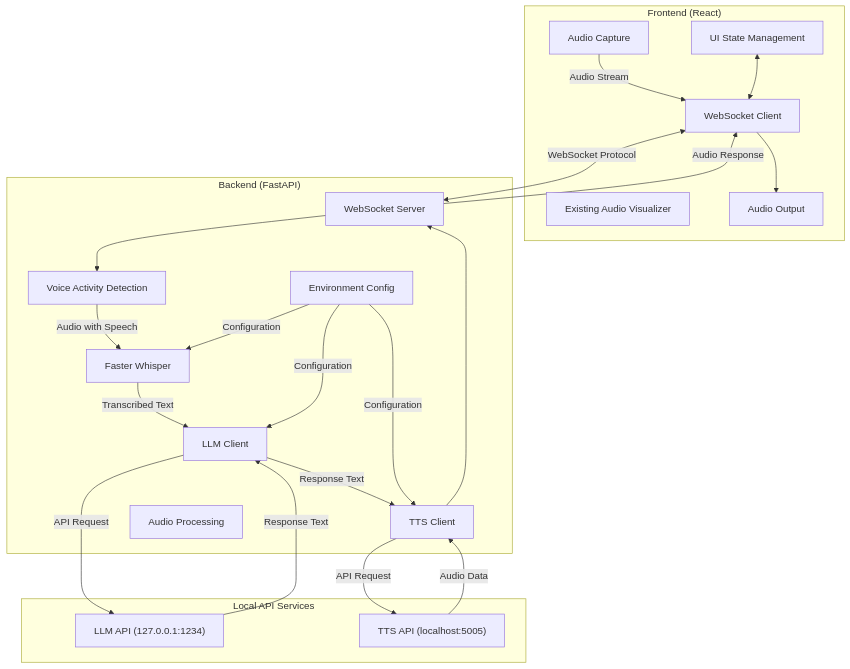
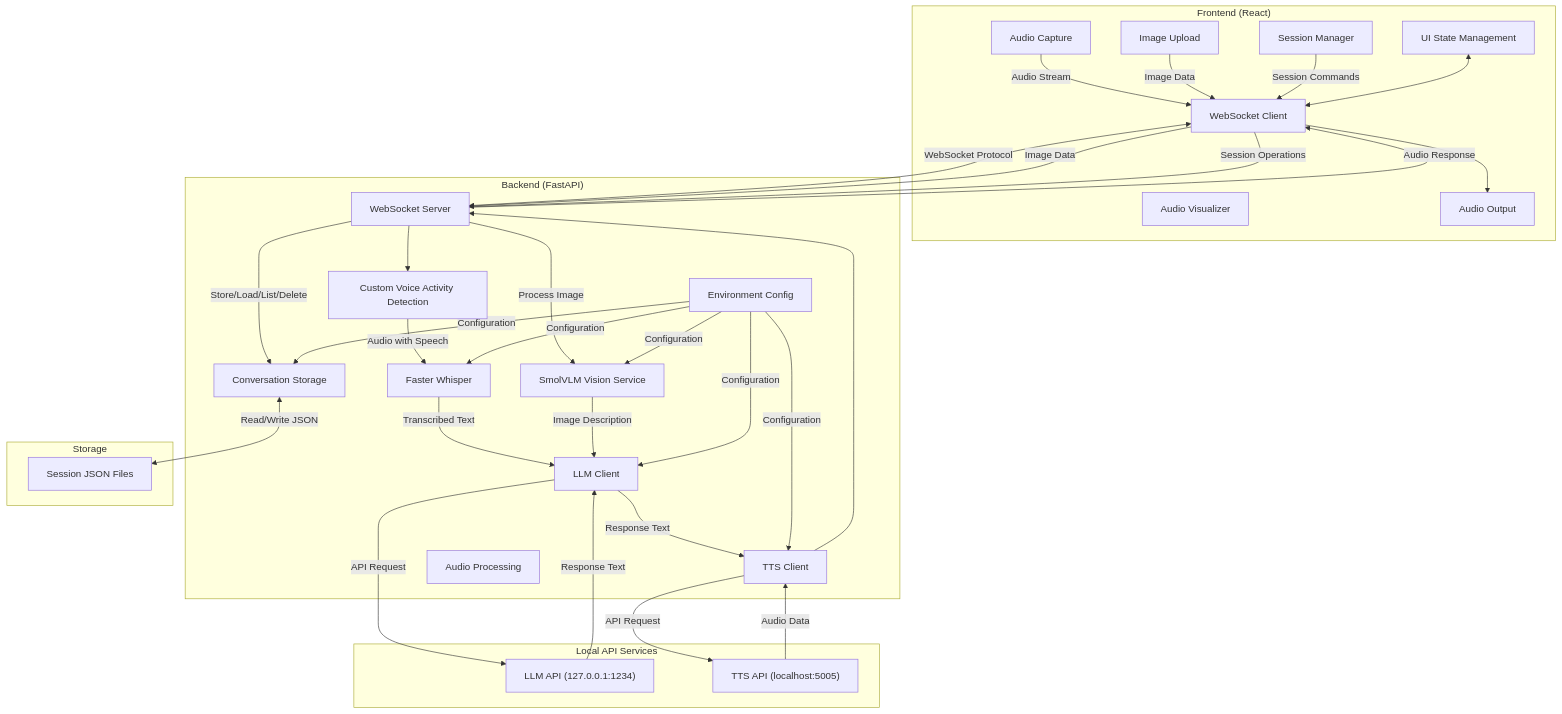
The first of 3 diagrams in README.md (ronyr21/Vocalis), drawn with Mermaid before and after one commit. The commit also changed other lines of this file and 13 other files, not shown here.

````diff
--- a/README.md
+++ b/README.md
@@ -136,43 +186,64 @@
 ```mermaid
 graph TB
     subgraph "Frontend (React)"
         AudioCapture[Audio Capture]
-        AudioVisualizer[Existing Audio Visualizer]
+        AudioVisualizer[Audio Visualizer]
         WebSocket[WebSocket Client]
         AudioOutput[Audio Output]
         UIState[UI State Management]
+        ImageUpload[Image Upload]
+        SessionManager[Session Manager]
     end
     
     subgraph "Backend (FastAPI)"
         WSServer[WebSocket Server]
-        VAD[Voice Activity Detection]
+        VAD[Custom Voice Activity Detection]
         WhisperSTT[Faster Whisper]
         LLMClient[LLM Client]
         TTSClient[TTS Client]
         AudioProcessing[Audio Processing]
+        VisionService[SmolVLM Vision Service]
+        StorageService[Conversation Storage]
         EnvConfig[Environment Config]
     end
     
     subgraph "Local API Services"
         LLMEndpoint["LLM API (127.0.0.1:1234)"]
         TTSEndpoint["TTS API (localhost:5005)"]
     end
     
+    subgraph "Storage"
+        SessionFiles["Session JSON Files"]
+    end
+    
     AudioCapture -->|Audio Stream| WebSocket
+    ImageUpload -->|Image Data| WebSocket
+    SessionManager -->|Session Commands| WebSocket
     WebSocket <-->|WebSocket Protocol| WSServer
     WSServer --> VAD
     VAD -->|Audio with Speech| WhisperSTT
     WhisperSTT -->|Transcribed Text| LLMClient
+    
+    WebSocket -->|Image Data| WSServer
+    WSServer -->|Process Image| VisionService
+    VisionService -->|Image Description| LLMClient
+    
+    WebSocket -->|Session Operations| WSServer
+    WSServer -->|Store/Load/List/Delete| StorageService
+    StorageService <-->|Read/Write JSON| SessionFiles
+    
     LLMClient -->|API Request| LLMEndpoint
     LLMEndpoint -->|Response Text| LLMClient
     LLMClient -->|Response Text| TTSClient
     TTSClient -->|API Request| TTSEndpoint
     TTSEndpoint -->|Audio Data| TTSClient
     TTSClient --> WSServer
     WSServer -->|Audio Response| WebSocket
     WebSocket --> AudioOutput
     EnvConfig -->|Configuration| WhisperSTT
     EnvConfig -->|Configuration| LLMClient
     EnvConfig -->|Configuration| TTSClient
+    EnvConfig -->|Configuration| VisionService
+    EnvConfig -->|Configuration| StorageService
     UIState <--> WebSocket
 ```
````
